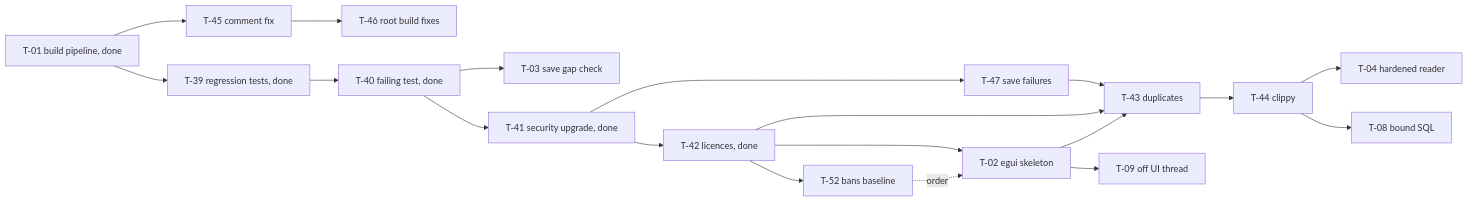
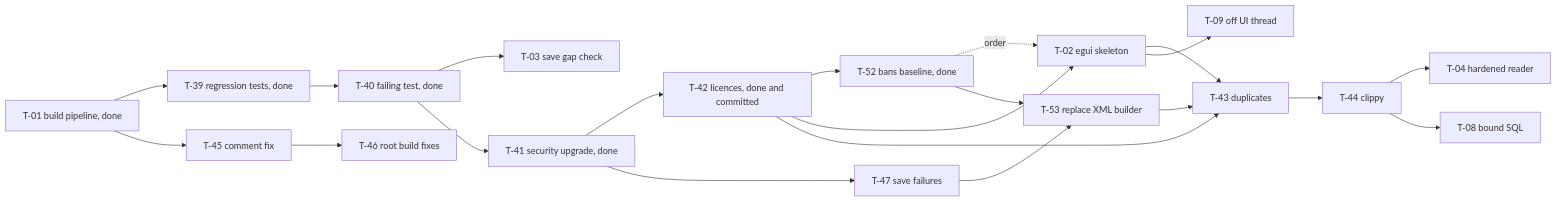
Before and after one commit to hpepper/idea-to-product: the second of 3 diagrams in gui_editor/docs/PLAN.md, drawn with Mermaid. The commit also changed other lines of this file and 4 other files, not shown here.

````diff
--- a/gui_editor/docs/PLAN.md
+++ b/gui_editor/docs/PLAN.md
@@ -356,21 +376,23 @@
 ```mermaid
 flowchart LR
   T01[T-01 build pipeline, done] --> T39[T-39 regression tests, done]
   T01 --> T45[T-45 comment fix]
   T45 --> T46[T-46 root build fixes]
   T39 --> T40[T-40 failing test, done]
   T40 --> T03[T-03 save gap check]
   T40 --> T41[T-41 security upgrade, done]
-  T41 --> T42[T-42 licences, done]
+  T41 --> T42[T-42 licences, done and committed]
   T41 --> T47[T-47 save failures]
-  T42 --> T52[T-52 bans baseline]
+  T42 --> T52[T-52 bans baseline, done]
   T52 -. order .-> T02
   T42 --> T02[T-02 egui skeleton]
   T02 --> T43[T-43 duplicates]
   T42 --> T43
-  T47 --> T43
+  T47 --> T53[T-53 replace XML builder]
+  T52 --> T53
+  T53 --> T43
   T43 --> T44[T-44 clippy]
   T44 --> T04[T-04 hardened reader]
   T44 --> T08[T-08 bound SQL]
   T02 --> T09[T-09 off UI thread]
 ```
````
